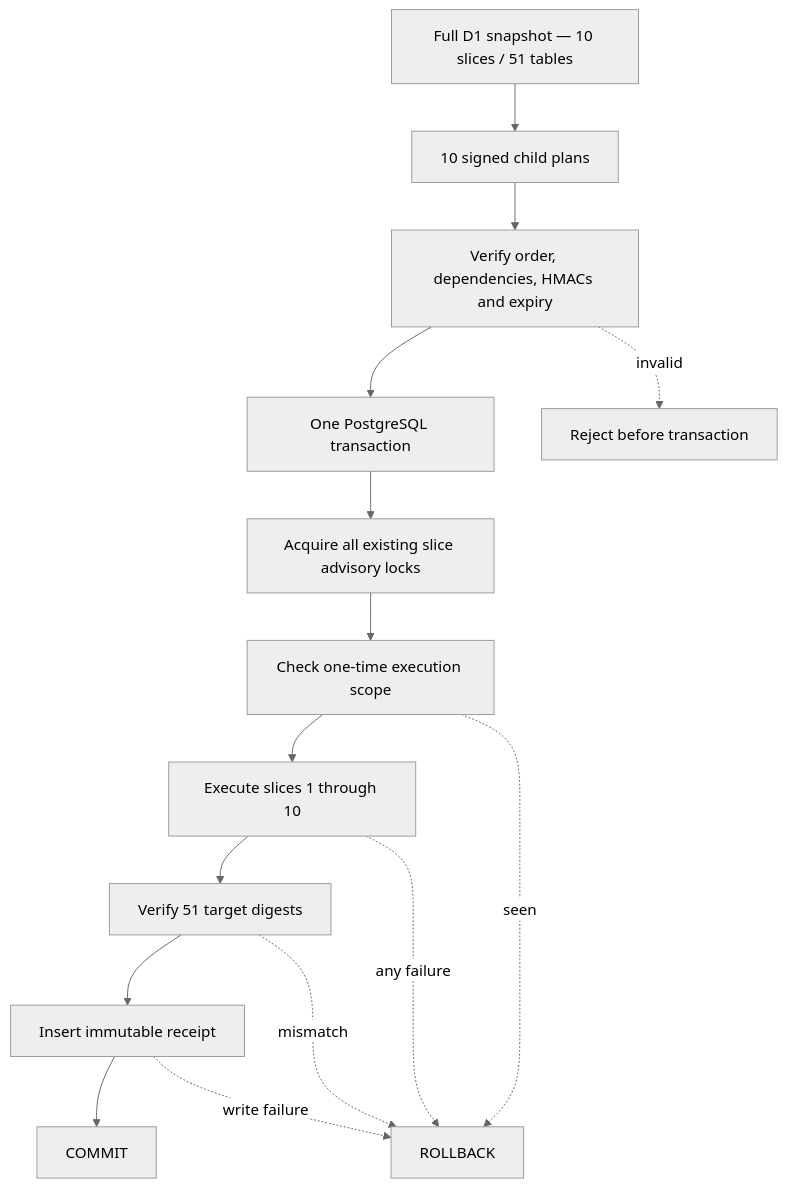
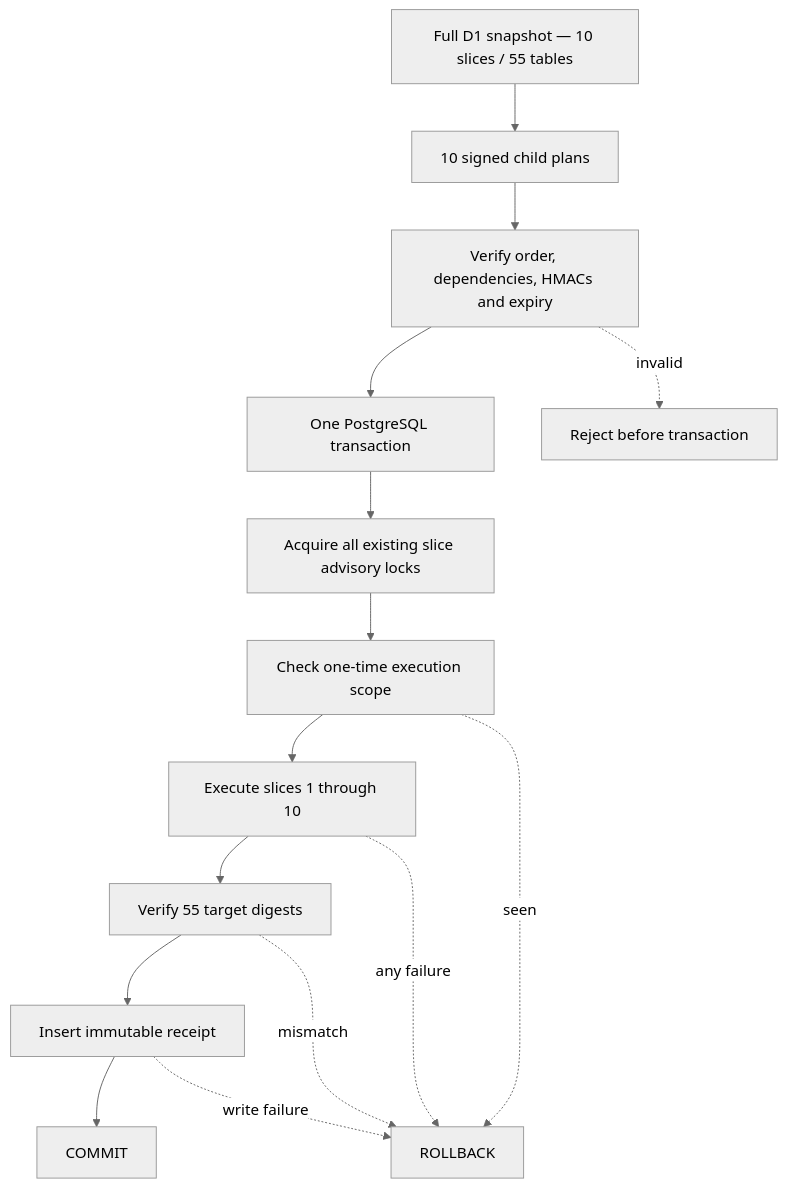
One commit to talstilkol/connect changed the diagram in docs/postgresql-full-data-migration-bundle-contract.md. Above: the diagram before and after it, drawn with Mermaid (neutral theme). The commit also changed other lines of this file and 25 other files, not shown here.

````diff
--- a/docs/postgresql-full-data-migration-bundle-contract.md
+++ b/docs/postgresql-full-data-migration-bundle-contract.md
@@ -32,17 +32,17 @@
 ```mermaid
 flowchart TD
-  Source["Full D1 snapshot — 10 slices / 51 tables"] --> Plans["10 signed child plans"]
+  Source["Full D1 snapshot — 10 slices / 55 tables"] --> Plans["10 signed child plans"]
   Plans --> Verify["Verify order, dependencies, HMACs and expiry"]
   Verify --> Tx["One PostgreSQL transaction"]
   Tx --> Locks["Acquire all existing slice advisory locks"]
   Locks --> Replay["Check one-time execution scope"]
   Replay --> Execute["Execute slices 1 through 10"]
-  Execute --> Evidence["Verify 51 target digests"]
+  Execute --> Evidence["Verify 55 target digests"]
   Evidence --> Receipt["Insert immutable receipt"]
   Receipt --> Commit["COMMIT"]
   Verify -. "invalid" .-> Reject["Reject before transaction"]
   Replay -. "seen" .-> Rollback["ROLLBACK"]
   Execute -. "any failure" .-> Rollback
   Evidence -. "mismatch" .-> Rollback
   Receipt -. "write failure" .-> Rollback
 ```
````
